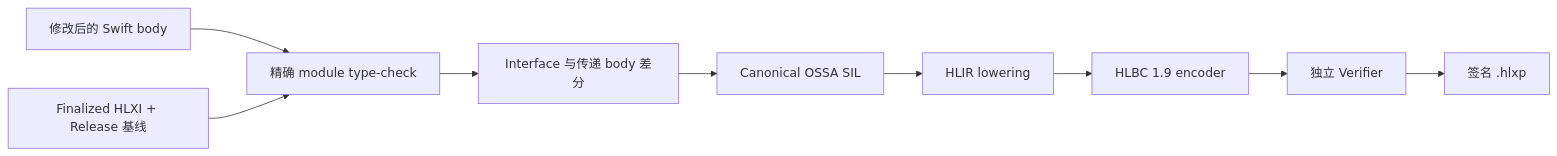
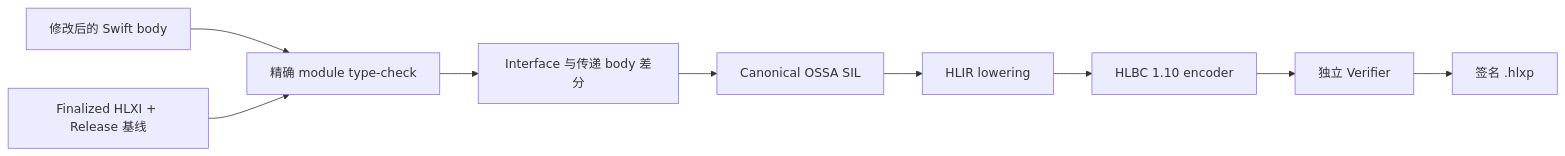
Before and after one commit to TangentW/Helix: the first of 2 diagrams in Docs/Production-Hot-Patching.zh-CN.md, drawn with Mermaid. The commit also changed other lines of this file and 63 other files, not shown here.

````diff
--- a/Docs/Production-Hot-Patching.zh-CN.md
+++ b/Docs/Production-Hot-Patching.zh-CN.md
@@ -25,11 +25,11 @@
 ```mermaid
 flowchart LR
     E["修改后的 Swift body"] --> T["精确 module type-check"]
     A["Finalized HLXI + Release 基线"] --> T
     T --> D["Interface 与传递 body 差分"]
     D --> S["Canonical OSSA SIL"]
     S --> L["HLIR lowering"]
-    L --> B["HLBC 1.9 encoder"]
+    L --> B["HLBC 1.10 encoder"]
     B --> V["独立 Verifier"]
     V --> P["签名 .hlxp"]
 ```
````
